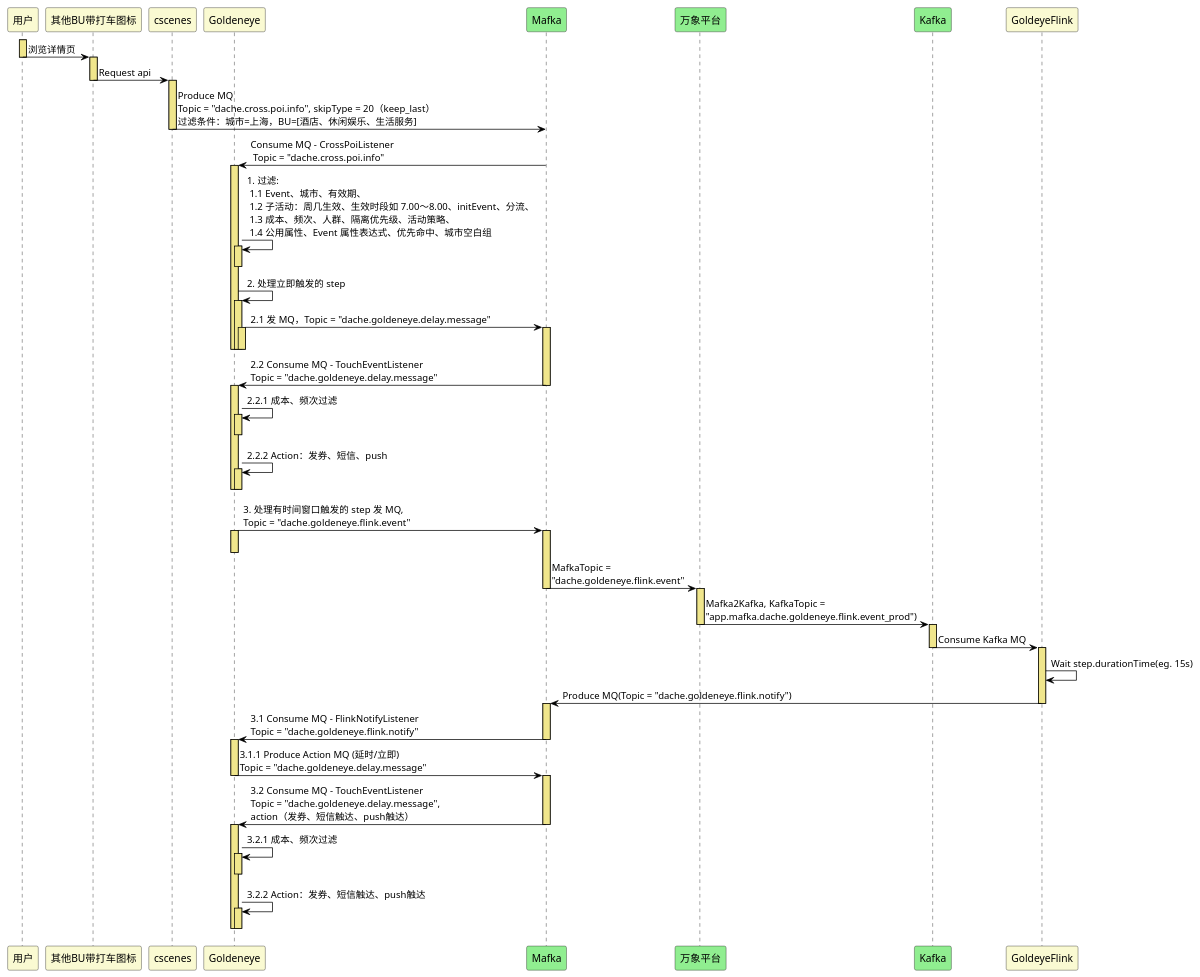
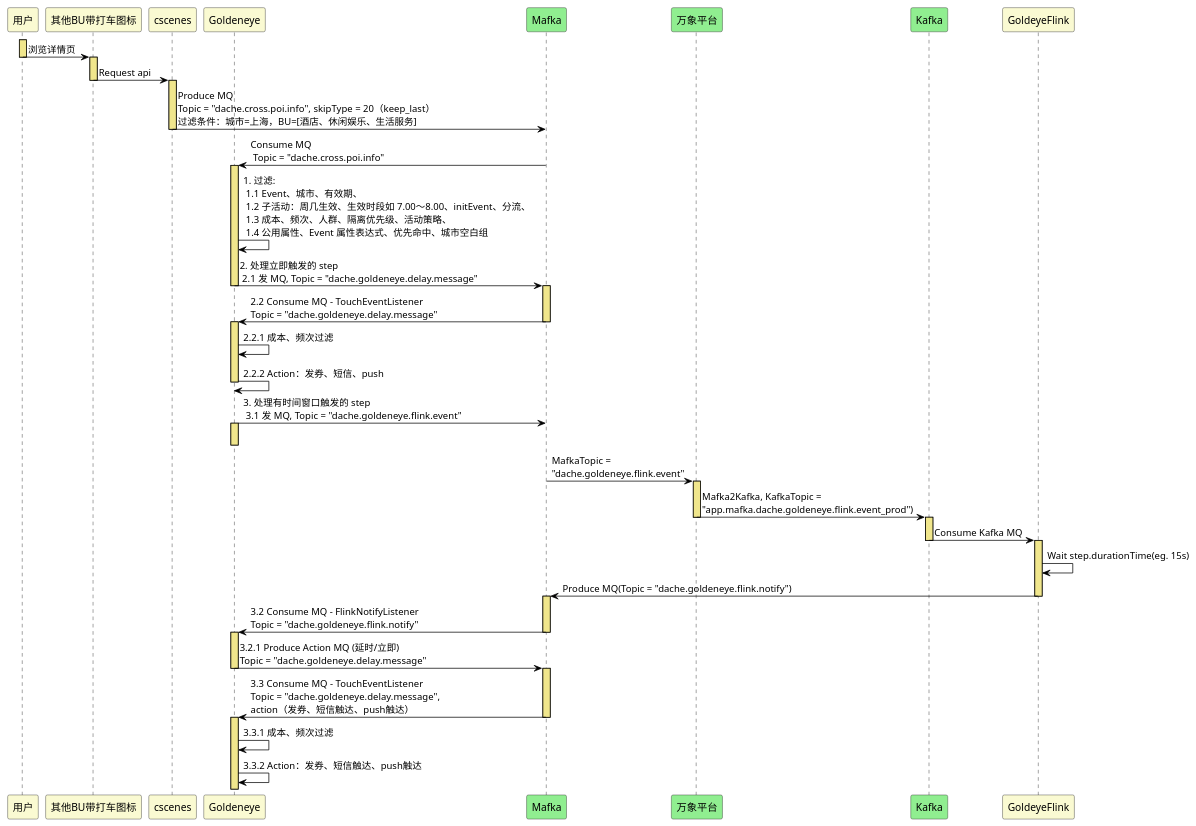
Before and after one commit to zhangbotong/mt-plantuml: the diagram in src/note/goldeneye/CrossPOI.puml, drawn with PlantUML.

Commit message:
Modify CrossPOI

```diff
--- a/src/note/goldeneye/CrossPOI.puml
+++ b/src/note/goldeneye/CrossPOI.puml
@@ -1,98 +1,67 @@
 @startuml
 skinparam sequence {
 ArrowColor black
 LifeLineBorderColor black
 LifeLineBackgroundColor khaki
 
 ParticipantBackgroundColor lightgoldenrodyellow
 }
 
 participant "用户" as 用户
 participant "其他BU带打车图标" as 其他BU带打车图标
 participant "cscenes" as cscenes
 participant "Goldeneye" as Goldeneye
 participant "Mafka" as Mafka #lightgreen
 participant "万象平台" as 万象平台 #lightgreen
 participant "Kafka" as Kafka #lightgreen
 participant "GoldeyeFlink" as GoldeyeFlink
 
 activate 用户
 用户 -> 其他BU带打车图标: 浏览详情页
 deactivate 用户
 activate 其他BU带打车图标
 其他BU带打车图标 -> cscenes: Request api
 deactivate 其他BU带打车图标
 activate cscenes
 cscenes -> Mafka: Produce MQ\nTopic = "dache.cross.poi.info", skipType = 20（keep_last）\n过滤条件：城市=上海，BU=[酒店、休闲娱乐、生活服务]
 deactivate cscenes
-Mafka -> Goldeneye : Consume MQ - CrossPoiListener\n Topic = "dache.cross.poi.info"
+Mafka -> Goldeneye : Consume MQ\n Topic = "dache.cross.poi.info"
 activate Goldeneye
-    Goldeneye -> Goldeneye : 1. 过滤: \n 1.1 Event、城市、有效期、\n 1.2 子活动：周几生效、生效时段如 7.00～8.00、initEvent、分流、\n 1.3 成本、频次、人群、隔离优先级、活动策略、\n 1.4 公用属性、Event 属性表达式、优先命中、城市空白组
-    activate Goldeneye
-    deactivate Goldeneye
-
-    Goldeneye -> Goldeneye : 2. 处理立即触发的 step
-    activate Goldeneye
-        Goldeneye -> Mafka : 2.1 发 MQ，Topic = "dache.goldeneye.delay.message"
-        activate Goldeneye
-        deactivate Goldeneye
-    deactivate Goldeneye
+Goldeneye -> Goldeneye : 1. 过滤: \n 1.1 Event、城市、有效期、\n 1.2 子活动：周几生效、生效时段如 7.00～8.00、initEvent、分流、\n 1.3 成本、频次、人群、隔离优先级、活动策略、\n 1.4 公用属性、Event 属性表达式、优先命中、城市空白组
+Goldeneye -> Mafka : 2. 处理立即触发的 step \n 2.1 发 MQ, Topic = "dache.goldeneye.delay.message"
 deactivate Goldeneye
-
-    activate Mafka
-    Mafka -> Goldeneye : 2.2 Consume MQ - TouchEventListener\nTopic = "dache.goldeneye.delay.message"
-    deactivate Mafka
-
-    activate Goldeneye
-        Goldeneye -> Goldeneye : 2.2.1 成本、频次过滤
-        activate Goldeneye
-        deactivate Goldeneye
-
-        Goldeneye -> Goldeneye : 2.2.2 Action：发券、短信、push
-        activate Goldeneye
-        deactivate Goldeneye
-    deactivate Goldeneye
-
-    Goldeneye -> Mafka : 3. 处理有时间窗口触发的 step 发 MQ,\nTopic = "dache.goldeneye.flink.event"
-    activate Goldeneye
-    deactivate Goldeneye
-
-    activate Mafka
-    Mafka -> 万象平台 : MafkaTopic = \n"dache.goldeneye.flink.event"
-    deactivate Mafka
-
-    activate 万象平台
-    万象平台 -> Kafka : Mafka2Kafka, KafkaTopic = \n"app.mafka.dache.goldeneye.flink.event_prod")
-    deactivate 万象平台
-
-    activate Kafka
-    Kafka -> GoldeyeFlink : Consume Kafka MQ
-    deactivate Kafka
-
-    activate GoldeyeFlink
-    GoldeyeFlink -> GoldeyeFlink : Wait step.durationTime(eg. 15s)
-    GoldeyeFlink -> Mafka : Produce MQ(Topic = "dache.goldeneye.flink.notify")
-    deactivate GoldeyeFlink
-
-    activate Mafka
-    Mafka -> Goldeneye : 3.1 Consume MQ - FlinkNotifyListener\nTopic = "dache.goldeneye.flink.notify"
-    deactivate Mafka
-
-    activate Goldeneye
-    Goldeneye -> Mafka : 3.1.1 Produce Action MQ (延时/立即)\nTopic = "dache.goldeneye.delay.message"
-    deactivate Goldeneye
-
-    activate Mafka
-    Mafka -> Goldeneye : 3.2 Consume MQ - TouchEventListener\nTopic = "dache.goldeneye.delay.message",\naction（发券、短信触达、push触达）
-    deactivate Mafka
-
-    activate Goldeneye
-        Goldeneye -> Goldeneye : 3.2.1 成本、频次过滤
-        activate Goldeneye
-        deactivate Goldeneye
-        'Goldeneye -> Mafka : 判断若是【智能一期事件】，则发 MQ(Topic = "dache.goldeneye.poi.hit.broadcast")给智能，\n由智能过滤后进行发券和触达
-        Goldeneye -> Goldeneye : 3.2.2 Action：发券、短信触达、push触达
-        activate Goldeneye
-        deactivate Goldeneye
-    deactivate Goldeneye
+activate Mafka
+Mafka -> Goldeneye : 2.2 Consume MQ - TouchEventListener\nTopic = "dache.goldeneye.delay.message"
+deactivate Mafka
+activate Goldeneye
+Goldeneye -> Goldeneye : 2.2.1 成本、频次过滤
+Goldeneye -> Goldeneye : 2.2.2 Action：发券、短信、push
+deactivate Goldeneye
+Goldeneye -> Mafka : 3. 处理有时间窗口触发的 step \n 3.1 发 MQ, Topic = "dache.goldeneye.flink.event"
+activate Goldeneye
+deactivate Goldeneye
+Mafka -> 万象平台 : MafkaTopic = \n"dache.goldeneye.flink.event"
+activate 万象平台
+万象平台 -> Kafka : Mafka2Kafka, KafkaTopic = \n"app.mafka.dache.goldeneye.flink.event_prod")
+deactivate 万象平台
+activate Kafka
+Kafka -> GoldeyeFlink : Consume Kafka MQ
+deactivate Kafka
+activate GoldeyeFlink
+GoldeyeFlink -> GoldeyeFlink : Wait step.durationTime(eg. 15s)
+GoldeyeFlink -> Mafka : Produce MQ(Topic = "dache.goldeneye.flink.notify")
+deactivate GoldeyeFlink
+activate Mafka
+Mafka -> Goldeneye : 3.2 Consume MQ - FlinkNotifyListener\nTopic = "dache.goldeneye.flink.notify"
+deactivate Mafka
+activate Goldeneye
+Goldeneye -> Mafka : 3.2.1 Produce Action MQ (延时/立即)\nTopic = "dache.goldeneye.delay.message"
+deactivate Goldeneye
+activate Mafka
+Mafka -> Goldeneye : 3.3 Consume MQ - TouchEventListener\nTopic = "dache.goldeneye.delay.message",\naction（发券、短信触达、push触达）
+deactivate Mafka
+activate Goldeneye
+Goldeneye -> Goldeneye : 3.3.1 成本、频次过滤
+'Goldeneye -> Mafka : 判断若是【智能一期事件】，则发 MQ(Topic = "dache.goldeneye.poi.hit.broadcast")给智能，\n由智能过滤后进行发券和触达
+Goldeneye -> Goldeneye : 3.3.2 Action：发券、短信触达、push触达
 @enduml
```
